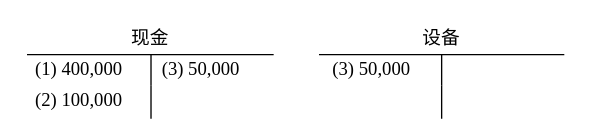
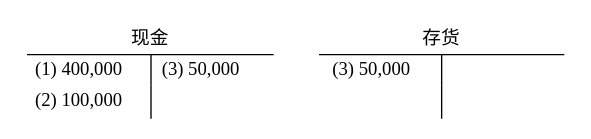
Before and after one commit to DreamAndDead/DreamAndDead.github.io: the eighth of 12 diagrams in org/understand-account-in-beancount/index.org, drawn with Graphviz. The commit also changed other lines of this file and 15 other files, not shown here.

```diff
--- a/org/understand-account-in-beancount/index.org
+++ b/org/understand-account-in-beancount/index.org
@@ -313,41 +318,41 @@
-#+begin_src dot :file images/T.e.g.3.png
-digraph {
-	left[label=<
-	      <table border="0" cellspacing="4">
-	        <tr>
-		  <td border="0" colspan="2" bgcolor="white">现金</td>
-		</tr>
-		<hr/>
-	        <tr>
-		  <td border="0" bgcolor="white">(1) 400,000</td>
-		  <vr/>
-		  <td border="0" bgcolor="white">(3) 50,000</td>
-		</tr>
-	        <tr>
-		  <td border="0" bgcolor="white">(2) 100,000</td>
-		  <vr/>
-		  <td border="0" bgcolor="white">                  </td>
-		</tr>
-	      </table>
-	       >, shape=none]
+ #+begin_src dot :file images/T.e.g.3.png
+ digraph {
+	 left[label=<
+	       <table border="0" cellspacing="4">
+	         <tr>
+		   <td border="0" colspan="2" bgcolor="white">现金</td>
+		 </tr>
+		 <hr/>
+	         <tr>
+		   <td border="0" bgcolor="white">(1) 400,000</td>
+		   <vr/>
+		   <td border="0" bgcolor="white">(3) 50,000</td>
+		 </tr>
+	         <tr>
+		   <td border="0" bgcolor="white">(2) 100,000</td>
+		   <vr/>
+		   <td border="0" bgcolor="white">                  </td>
+		 </tr>
+	       </table>
+		>, shape=none]
 
-	right[label=<
-	      <table border="0" cellspacing="4">
-	        <tr>
-		  <td border="0" colspan="2" bgcolor="white">设备</td>
-		</tr>
-		<hr/>
-	        <tr>
-		  <td border="0" bgcolor="white">(3) 50,000</td>
-		  <vr/>
-		  <td border="0" bgcolor="white">                  </td>
-		</tr>
-	        <tr>
-		  <td border="0" bgcolor="white">                  </td>
-		  <vr/>
-		  <td border="0" bgcolor="white">                  </td>
-		</tr>
-	      </table>
-	       >, shape=none]
-}
-#+end_src
+	 right[label=<
+	       <table border="0" cellspacing="4">
+	         <tr>
+		   <td border="0" colspan="2" bgcolor="white">存货</td>
+		 </tr>
+		 <hr/>
+	         <tr>
+		   <td border="0" bgcolor="white">(3) 50,000</td>
+		   <vr/>
+		   <td border="0" bgcolor="white">                  </td>
+		 </tr>
+	         <tr>
+		   <td border="0" bgcolor="white">                  </td>
+		   <vr/>
+		   <td border="0" bgcolor="white">                  </td>
+		 </tr>
+	       </table>
+		>, shape=none]
+ }
+ #+end_src
```
